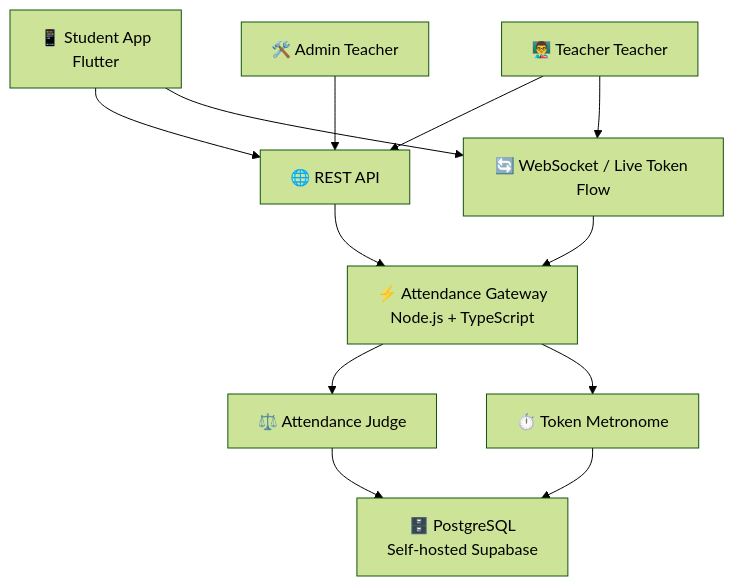
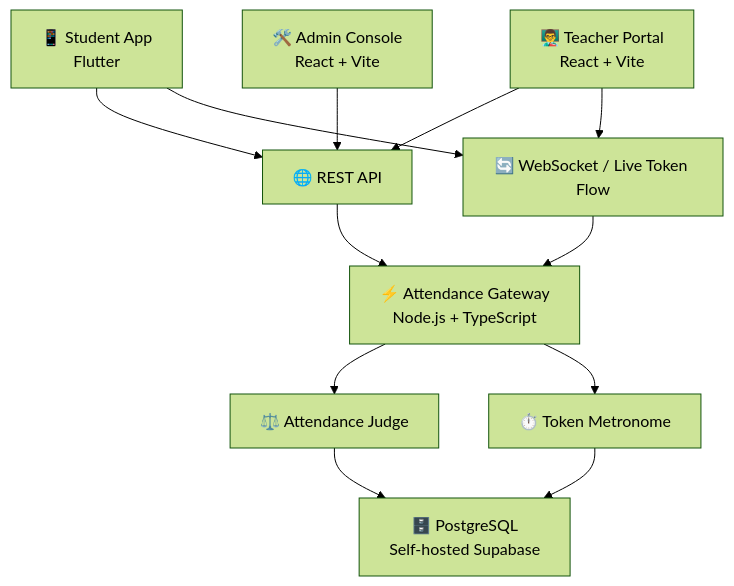
Before and after one commit to tirth-patel29/attendx-noproxy: the first of 4 diagrams in README.md, drawn with Mermaid (forest theme). The commit also changed other lines of this file and 11 other files, not shown here.

Commit message:
docs: clean up obsolete documentation and update architecture references

````diff
--- a/README.md
+++ b/README.md
@@ -94,30 +94,30 @@
 ```mermaid
 flowchart TB
     Student["📱 Student App<br/>Flutter"]
-    Teacher["👨‍🏫 Teacher Teacher"]
-    Admin["🛠️ Admin Teacher"]
+    Teacher["👨‍🏫 Teacher Portal<br/>React + Vite"]
+    Admin["🛠️ Admin Console<br/>React + Vite"]
 
     Gateway["⚡ Attendance Gateway<br/>Node.js + TypeScript"]
 
     REST["🌐 REST API"]
     WS["🔄 WebSocket / Live Token Flow"]
     Judge["⚖️ Attendance Judge"]
     Metronome["⏱️ Token Metronome"]
 
     DB["🗄️ PostgreSQL<br/>Self-hosted Supabase"]
 
     Student --> REST
     Student --> WS
     Teacher --> REST
     Teacher --> WS
     Admin --> REST
 
     REST --> Gateway
     WS --> Gateway
 
     Gateway --> Judge
     Gateway --> Metronome
 
     Judge --> DB
     Metronome --> DB
 ```
````
